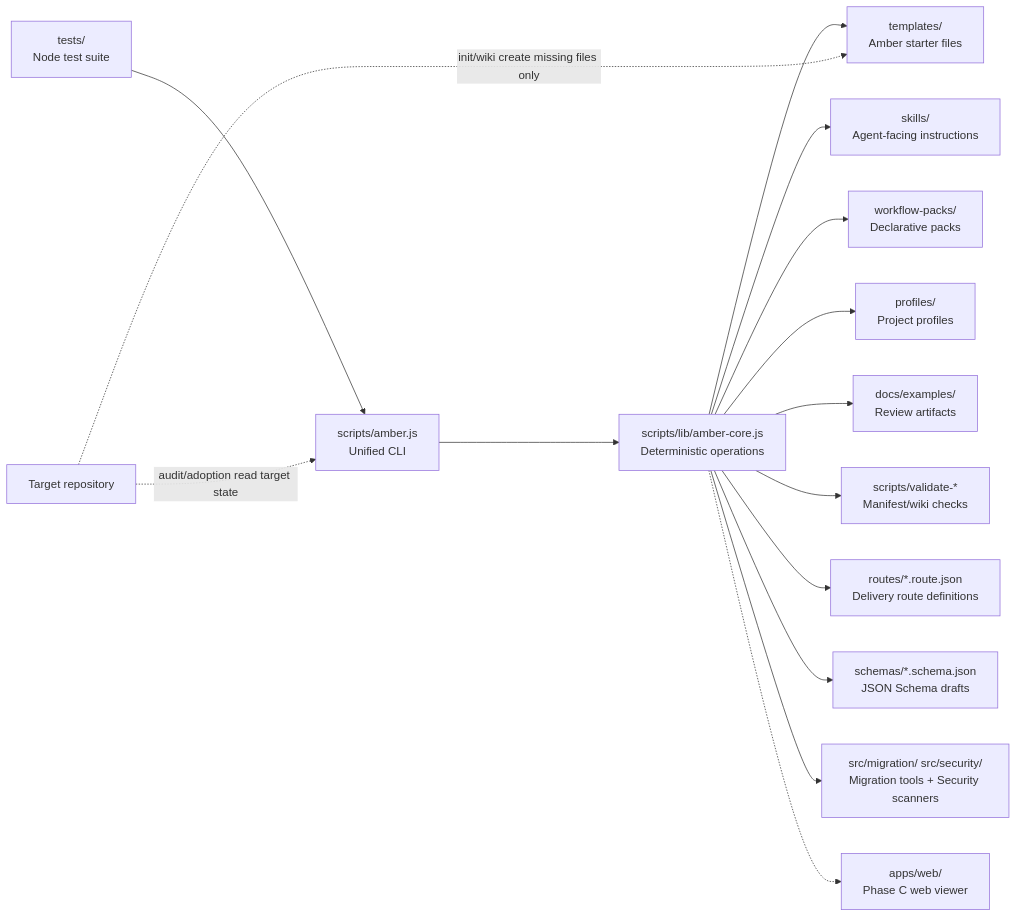
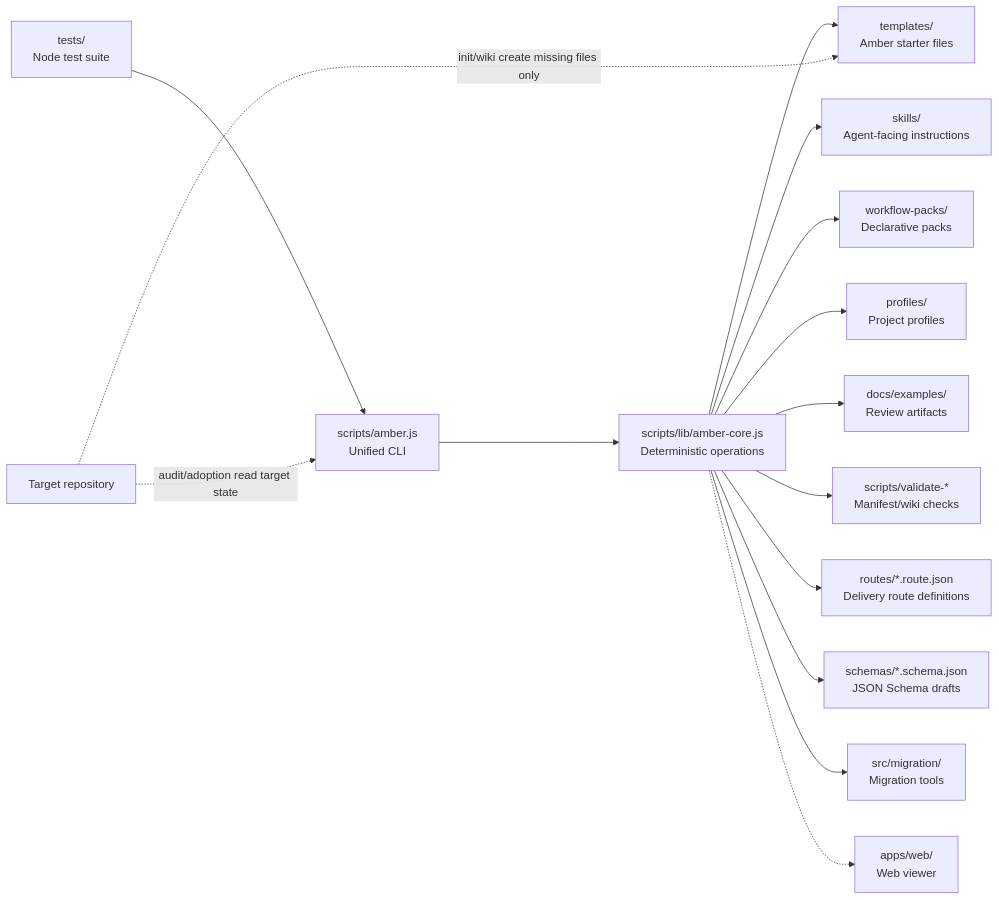
One commit to Bandersnatch0x/amber-protocol changed the diagram in README.md. Above: the diagram before and after it, drawn with Mermaid. The commit also changed other lines of this file and 30 other files, not shown here.

````diff
--- a/README.md
+++ b/README.md
@@ -81,18 +85,18 @@
 ```mermaid
 flowchart LR
   CLI["scripts/amber.js<br/>Unified CLI"] --> Core["scripts/lib/amber-core.js<br/>Deterministic operations"]
   Core --> Templates["templates/<br/>Amber starter files"]
   Core --> Skills["skills/<br/>Agent-facing instructions"]
   Core --> Packs["workflow-packs/<br/>Declarative packs"]
   Core --> Profiles["profiles/<br/>Project profiles"]
   Core --> Examples["docs/examples/<br/>Review artifacts"]
   Core --> Validators["scripts/validate-*<br/>Manifest/wiki checks"]
   Core --> Routes["routes/*.route.json<br/>Delivery route definitions"]
   Core --> Schemas["schemas/*.schema.json<br/>JSON Schema drafts"]
-  Core --> PhaseB["src/migration/ src/security/<br/>Migration tools + Security scanners"]
-  Core -.-> Web["apps/web/<br/>Phase C web viewer"]
+  Core --> Migration["src/migration/<br/>Migration tools"]
+  Core -.-> Web["apps/web/<br/>Web viewer"]
   Tests["tests/<br/>Node test suite"] --> CLI
 
   Target["Target repository"] -. "init/wiki create missing files only" .-> Templates
   Target -. "audit/adoption read target state" .-> CLI
 ```
````
